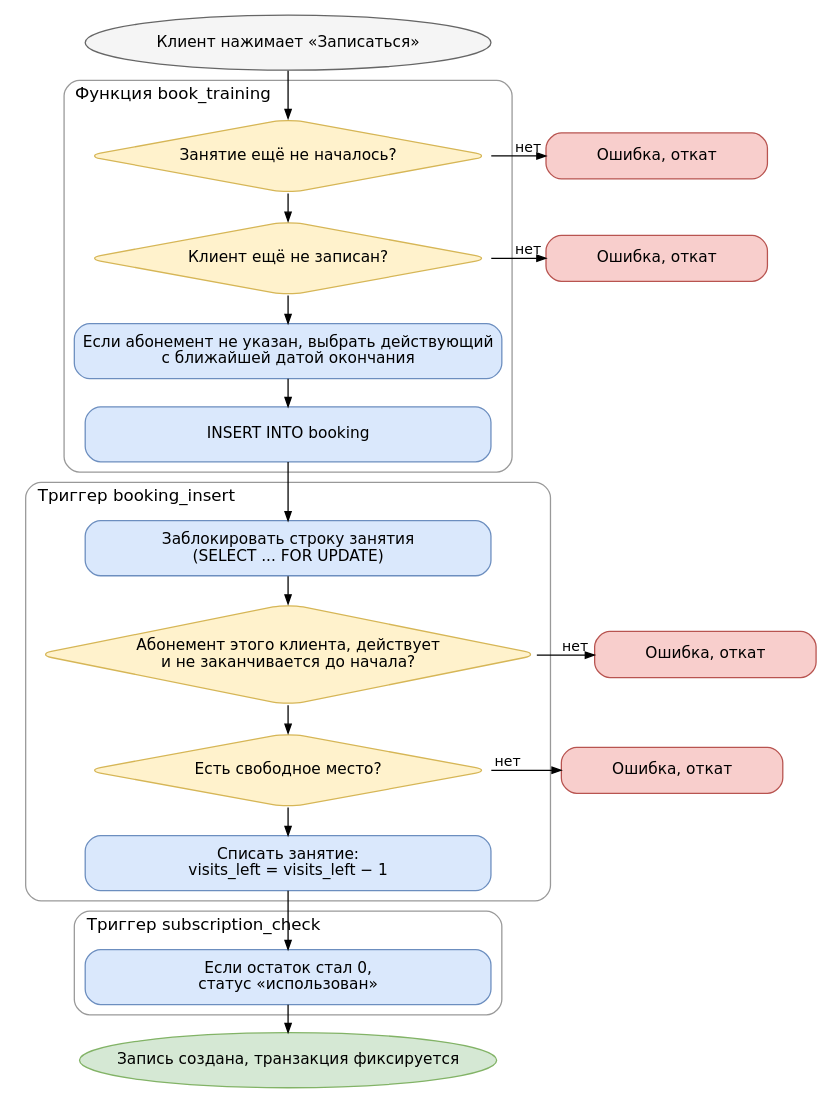
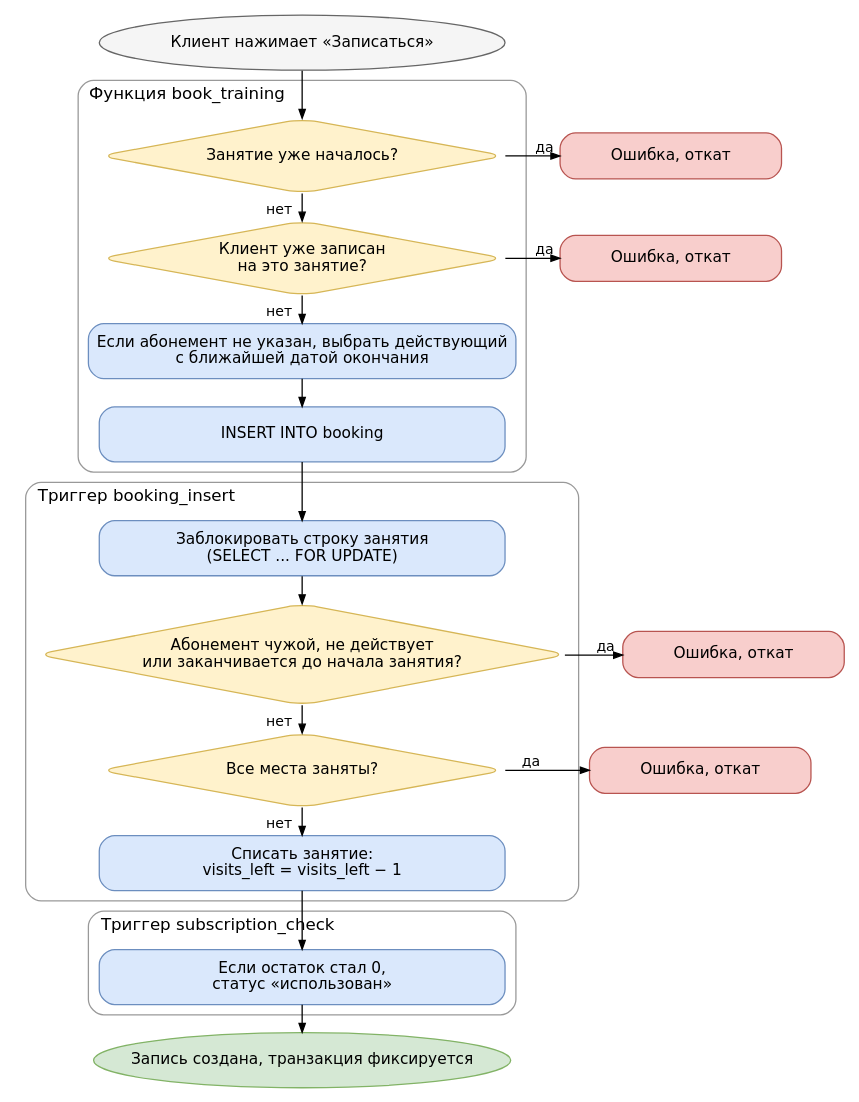
Before and after one commit to RosgardX/cycle: the diagram in docs/coursework/stage-2/diagrams/booking-flow.dot, drawn with Graphviz. The commit also changed 5 other files, not shown here.

```diff
--- a/docs/coursework/stage-2/diagrams/booking-flow.dot
+++ b/docs/coursework/stage-2/diagrams/booking-flow.dot
@@ -1,37 +1,43 @@
 digraph G {
   graph [rankdir=TB, fontname="DejaVu Sans", fontsize=13, nodesep=0.6, ranksep=0.3, splines=ortho, newrank=true];
   node [fontname="DejaVu Sans", fontsize=12, shape=box, style="rounded,filled", fillcolor="#dae8fc", color="#6c8ebf", width=4.4, height=0.6, group=main];
   edge [fontname="DejaVu Sans", fontsize=11, arrowsize=0.7];
 
   start [label="Клиент нажимает «Записаться»", shape=ellipse, fillcolor="#f5f5f5", color="#666666"];
 
   subgraph cluster_f {
     label="Функция book_training"; labeljust=l; style="rounded"; color="#999999"; fontsize=13;
-    f1 [label="Занятие ещё не началось?", shape=diamond, fillcolor="#fff2cc", color="#d6b656", height=0.8];
-    f2 [label="Клиент ещё не записан?", shape=diamond, fillcolor="#fff2cc", color="#d6b656", height=0.8];
+    f1 [label="Занятие уже началось?", shape=diamond, fillcolor="#fff2cc", color="#d6b656", height=0.8];
+    f2 [label="Клиент уже записан\nна это занятие?", shape=diamond, fillcolor="#fff2cc", color="#d6b656", height=0.8];
     f3 [label="Если абонемент не указан, выбрать действующий\nс ближайшей датой окончания"];
     f4 [label="INSERT INTO booking"];
   }
 
   subgraph cluster_t {
     label="Триггер booking_insert"; labeljust=l; style="rounded"; color="#999999"; fontsize=13;
     t1 [label="Заблокировать строку занятия\n(SELECT ... FOR UPDATE)"];
-    t2 [label="Абонемент этого клиента, действует\nи не заканчивается до начала?", shape=diamond, fillcolor="#fff2cc", color="#d6b656", height=1.1];
-    t3 [label="Есть свободное место?", shape=diamond, fillcolor="#fff2cc", color="#d6b656", height=0.8];
+    t2 [label="Абонемент чужой, не действует\nили заканчивается до начала занятия?", shape=diamond, fillcolor="#fff2cc", color="#d6b656", height=1.1];
+    t3 [label="Все места заняты?", shape=diamond, fillcolor="#fff2cc", color="#d6b656", height=0.8];
     t4 [label="Списать занятие:\nvisits_left = visits_left − 1"];
   }
 
   subgraph cluster_s {
     label="Триггер subscription_check"; labeljust=l; style="rounded"; color="#999999"; fontsize=13;
     s1 [label="Если остаток стал 0,\nстатус «использован»"];
   }
 
   ok [label="Запись создана, транзакция фиксируется", shape=ellipse, fillcolor="#d5e8d4", color="#82b366"];
 
   node [shape=box, style="rounded,filled", fillcolor="#f8cecc", color="#b85450", width=2.4, height=0.5, group=""];
   e1 [label="Ошибка, откат"]; e2 [label="Ошибка, откат"]; e3 [label="Ошибка, откат"]; e4 [label="Ошибка, откат"];
 
-  start -> f1 -> f2 -> f3 -> f4 -> t1 -> t2 -> t3 -> t4 -> s1 -> ok;
-  f1 -> e1 [xlabel="нет"]; f2 -> e2 [xlabel="нет"]; t2 -> e3 [xlabel="нет"]; t3 -> e4 [xlabel="нет"];
+  start -> f1;
+  f1 -> f2 [xlabel="нет  "];
+  f2 -> f3 [xlabel="нет  "];
+  f3 -> f4 -> t1 -> t2;
+  t2 -> t3 [xlabel="нет  "];
+  t3 -> t4 [xlabel="нет  "];
+  t4 -> s1 -> ok;
+  f1 -> e1 [xlabel="  да"]; f2 -> e2 [xlabel="  да"]; t2 -> e3 [xlabel="  да"]; t3 -> e4 [xlabel="  да"];
   {rank=same; f1; e1} {rank=same; f2; e2} {rank=same; t2; e3} {rank=same; t3; e4}
 }
```
